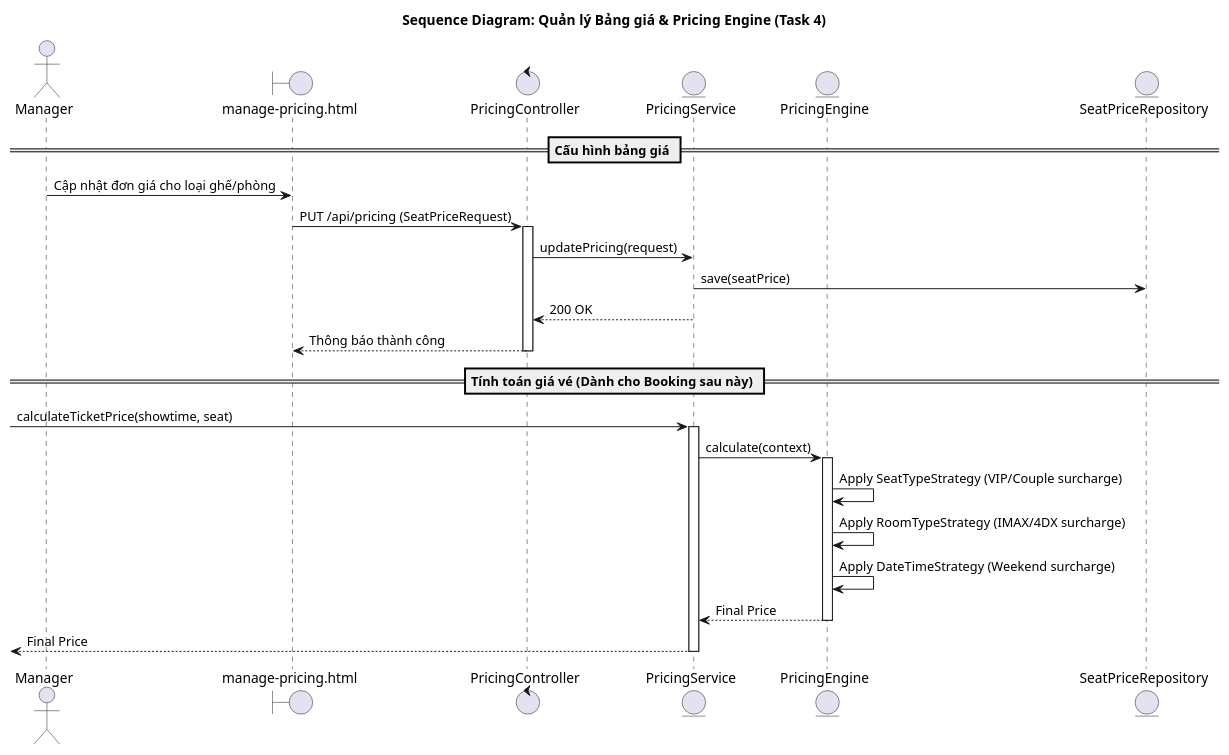
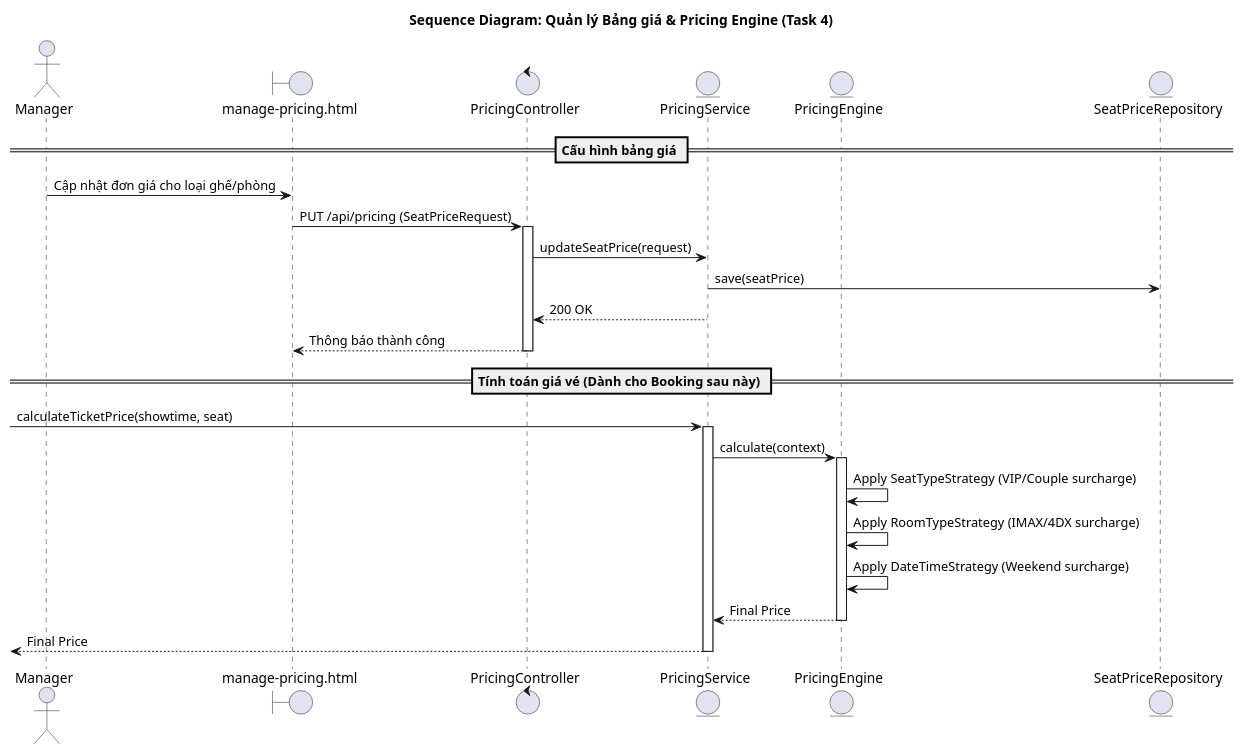
Before and after one commit to vothnha26/Cinema-Management-System: the diagram in uml/sequence/manager_manage_pricing.puml, drawn with PlantUML. The commit also changed 17 other files, not shown here.

```diff
--- a/uml/sequence/manager_manage_pricing.puml
+++ b/uml/sequence/manager_manage_pricing.puml
@@ -1,37 +1,37 @@
 @startuml Manager Manage Pricing
 title Sequence Diagram: Quản lý Bảng giá & Pricing Engine (Task 4)
 skinparam theme cerulean
 
 actor Manager
 boundary "manage-pricing.html" as UI
 control "PricingController" as Ctrl
 entity "PricingService" as Svc
 entity "PricingEngine" as Engine
 entity "SeatPriceRepository" as Repo
 
 == Cấu hình bảng giá ==
 Manager -> UI: Cập nhật đơn giá cho loại ghế/phòng
 UI -> Ctrl: PUT /api/pricing (SeatPriceRequest)
 activate Ctrl
-Ctrl -> Svc: updatePricing(request)
+Ctrl -> Svc: updateSeatPrice(request)
 Svc -> Repo: save(seatPrice)
 Svc --> Ctrl: 200 OK
 Ctrl --> UI: Thông báo thành công
 deactivate Ctrl
 
 == Tính toán giá vé (Dành cho Booking sau này) ==
 [-> Svc: calculateTicketPrice(showtime, seat)
 activate Svc
 Svc -> Engine: calculate(context)
 activate Engine
 
 Engine -> Engine: Apply SeatTypeStrategy (VIP/Couple surcharge)
 Engine -> Engine: Apply RoomTypeStrategy (IMAX/4DX surcharge)
 Engine -> Engine: Apply DateTimeStrategy (Weekend surcharge)
 
 Engine --> Svc: Final Price
 deactivate Engine
 [<-- Svc: Final Price
 deactivate Svc
 
 @enduml
```
